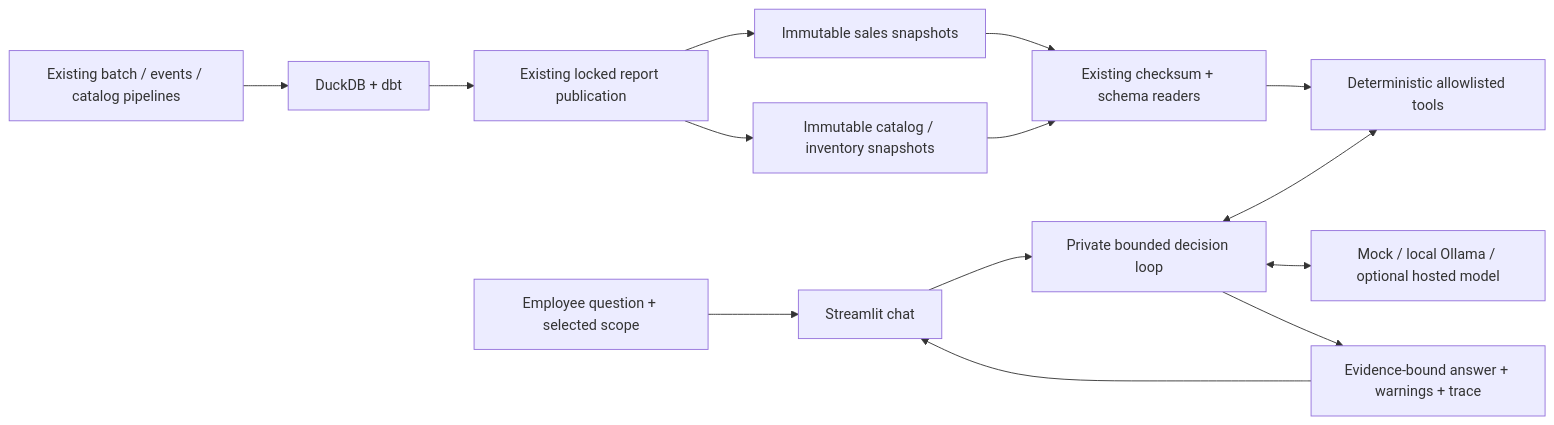
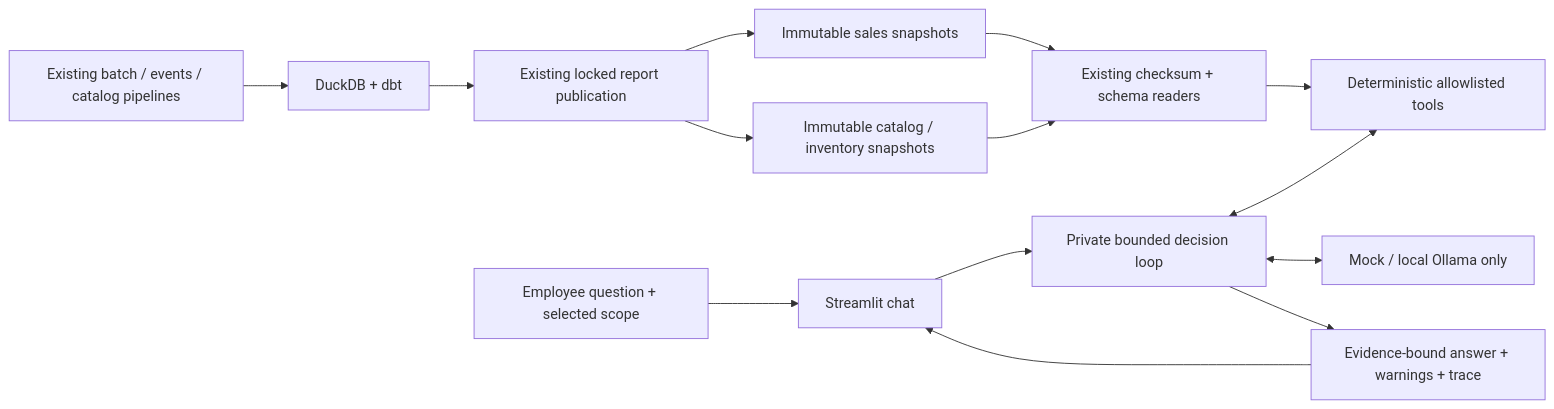
The diagram in docs/agentic-ai.md (ungvari-tomi/tomi-platform), drawn with Mermaid before and after one commit. The commit also changed other lines of this file and 8 other files, not shown here.

Commit message:
Enforce free-only local model providers

````diff
--- a/docs/agentic-ai.md
+++ b/docs/agentic-ai.md
@@ -101,16 +101,16 @@
 ```mermaid
 flowchart LR
     Pipelines[Existing batch / events / catalog pipelines] --> Warehouse[DuckDB + dbt]
     Warehouse --> Publisher[Existing locked report publication]
     Publisher --> Sales[Immutable sales snapshots]
     Publisher --> Catalog[Immutable catalog / inventory snapshots]
     Sales --> Readers[Existing checksum + schema readers]
     Catalog --> Readers
     Readers --> Tools[Deterministic allowlisted tools]
     Employee[Employee question + selected scope] --> UI[Streamlit chat]
     UI --> Agent[Private bounded decision loop]
-    Agent <--> Model[Mock / local Ollama / optional hosted model]
+    Agent <--> Model[Mock / local Ollama only]
     Agent <--> Tools
     Agent --> Answer[Evidence-bound answer + warnings + trace]
     Answer --> UI
 ```
````
